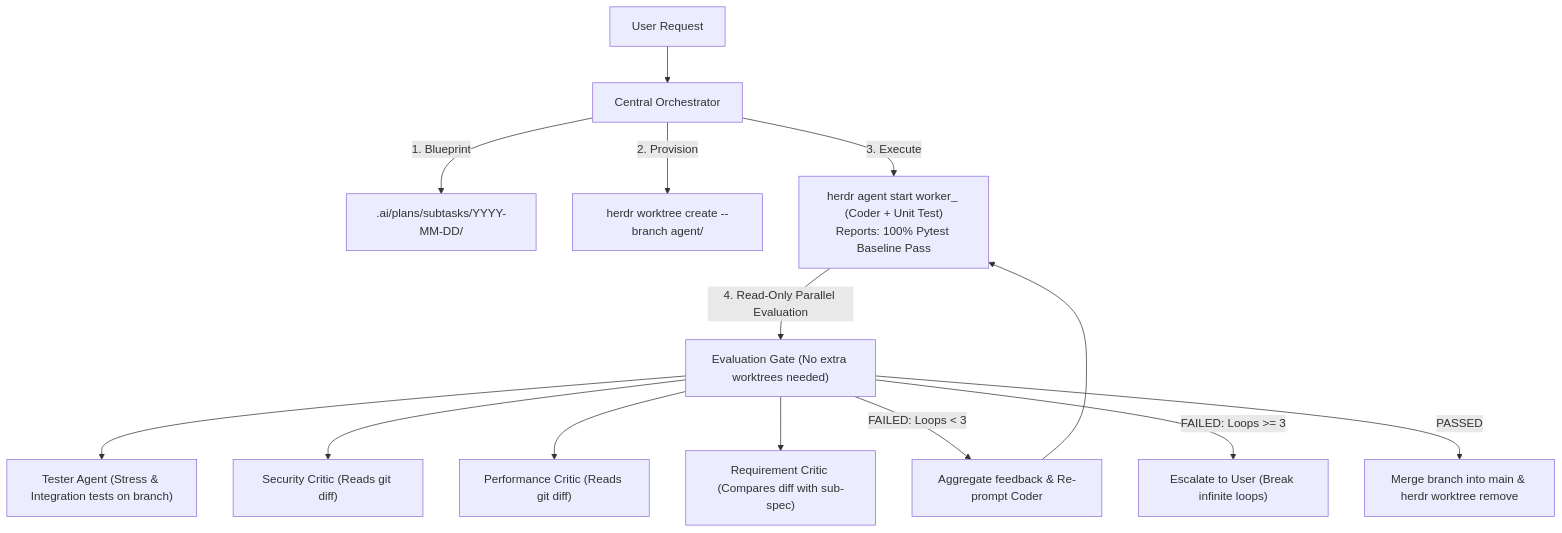
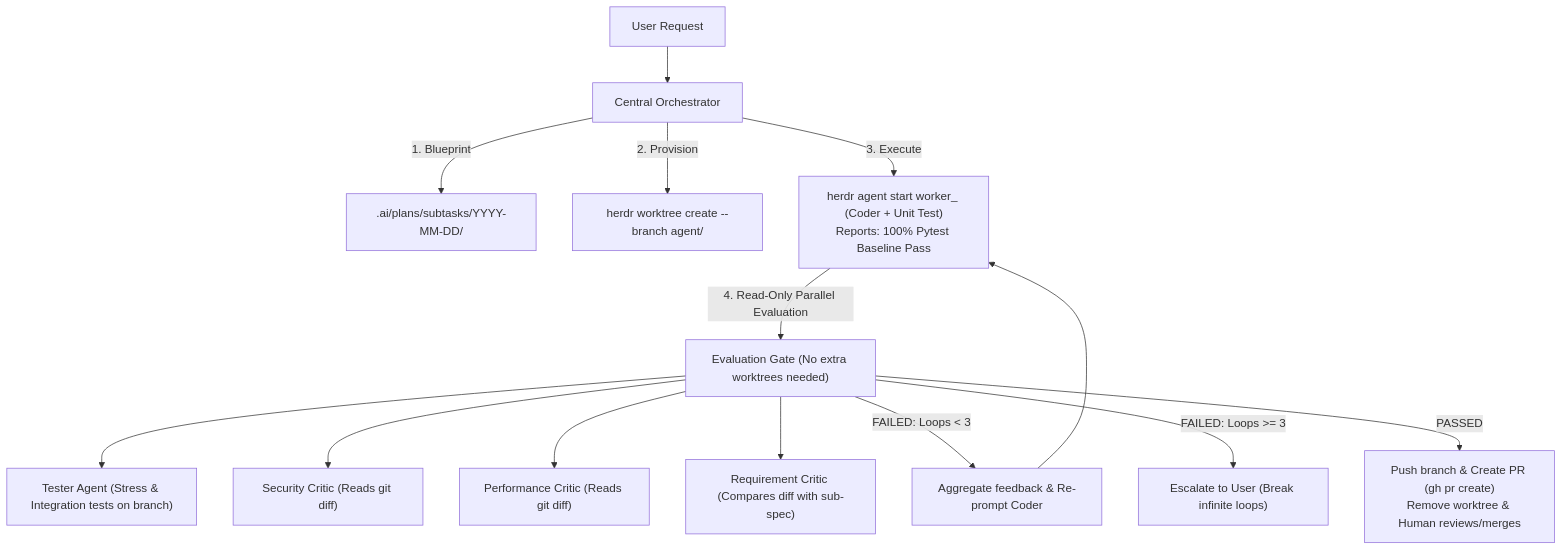
One commit to Khanhduong123/herness_agent changed the second of 2 diagrams in AGENTS.md. Above: the diagram before and after it, drawn with Mermaid. The commit also changed other lines of this file and 3 other files, not shown here.

Commit message:
feat(agents): add RBAC matrix, 4-tier architectural constraints, and role skills (#25)

````diff
--- a/AGENTS.md
+++ b/AGENTS.md
@@ -96,17 +127,17 @@
 ```mermaid
 graph TD
     User["User Request"] --> Orchestrator["Central Orchestrator"]
     Orchestrator -->|1. Blueprint| SubSpec[".ai/plans/subtasks/YYYY-MM-DD/"]
     Orchestrator -->|2. Provision| Worktree["herdr worktree create --branch agent/<task_id>"]
     Orchestrator -->|3. Execute| Coder["herdr agent start worker_<task_id> (Coder + Unit Test)<br/>Reports: 100% Pytest Baseline Pass"]
     Coder -->|4. Read-Only Parallel Evaluation| EvalGate["Evaluation Gate (No extra worktrees needed)"]
     EvalGate --> Tester["Tester Agent (Stress & Integration tests on branch)"]
     EvalGate --> Security["Security Critic (Reads git diff)"]
     EvalGate --> Performance["Performance Critic (Reads git diff)"]
     EvalGate --> Requirement["Requirement Critic (Compares diff with sub-spec)"]
 
     EvalGate -->|FAILED: Loops < 3| Aggregate["Aggregate feedback & Re-prompt Coder"]
     Aggregate --> Coder
     EvalGate -->|FAILED: Loops >= 3| Escalate["Escalate to User (Break infinite loops)"]
-    EvalGate -->|PASSED| Merge["Merge branch into main & herdr worktree remove"]
+    EvalGate -->|PASSED| PR["Push branch & Create PR (gh pr create)<br/>Remove worktree & Human reviews/merges"]
 ```
````
